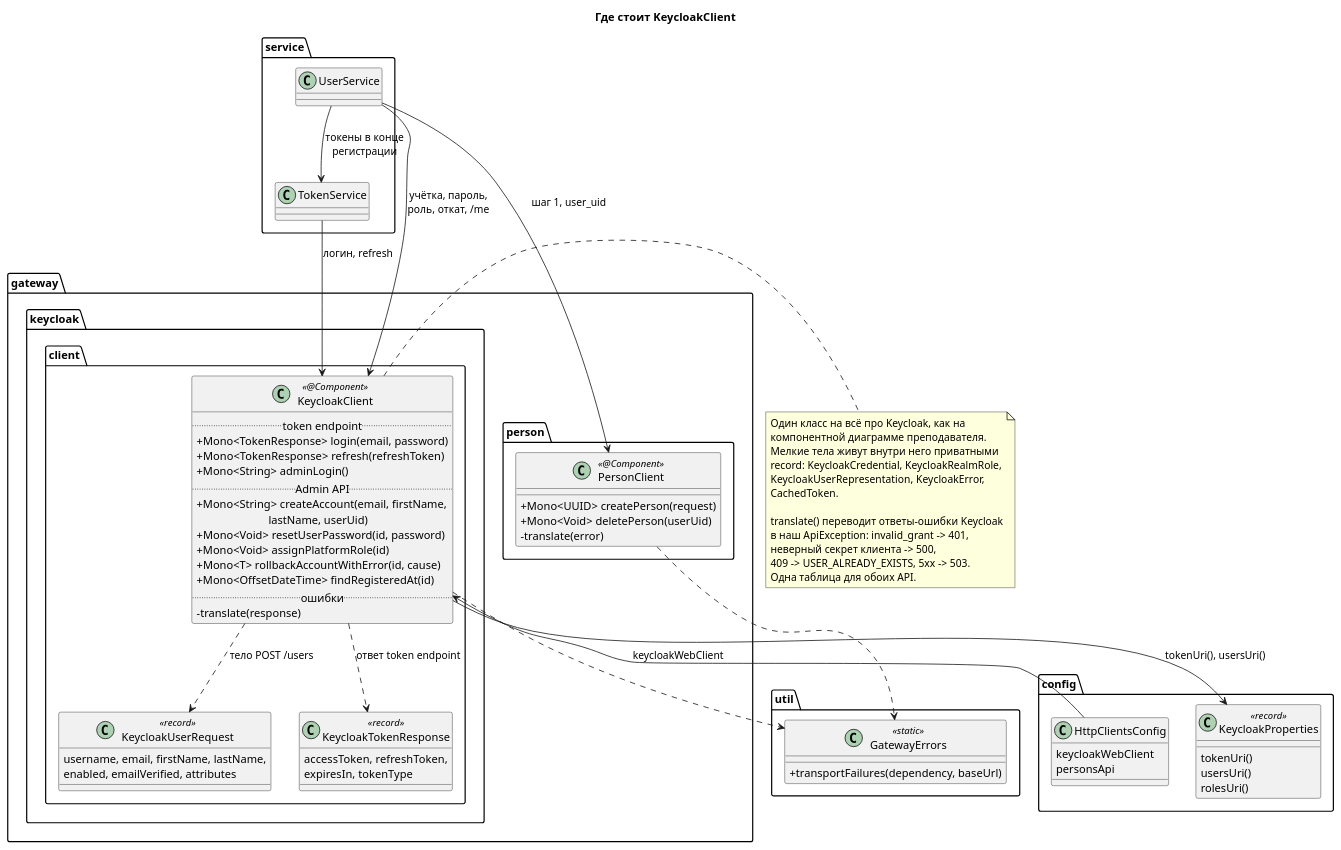
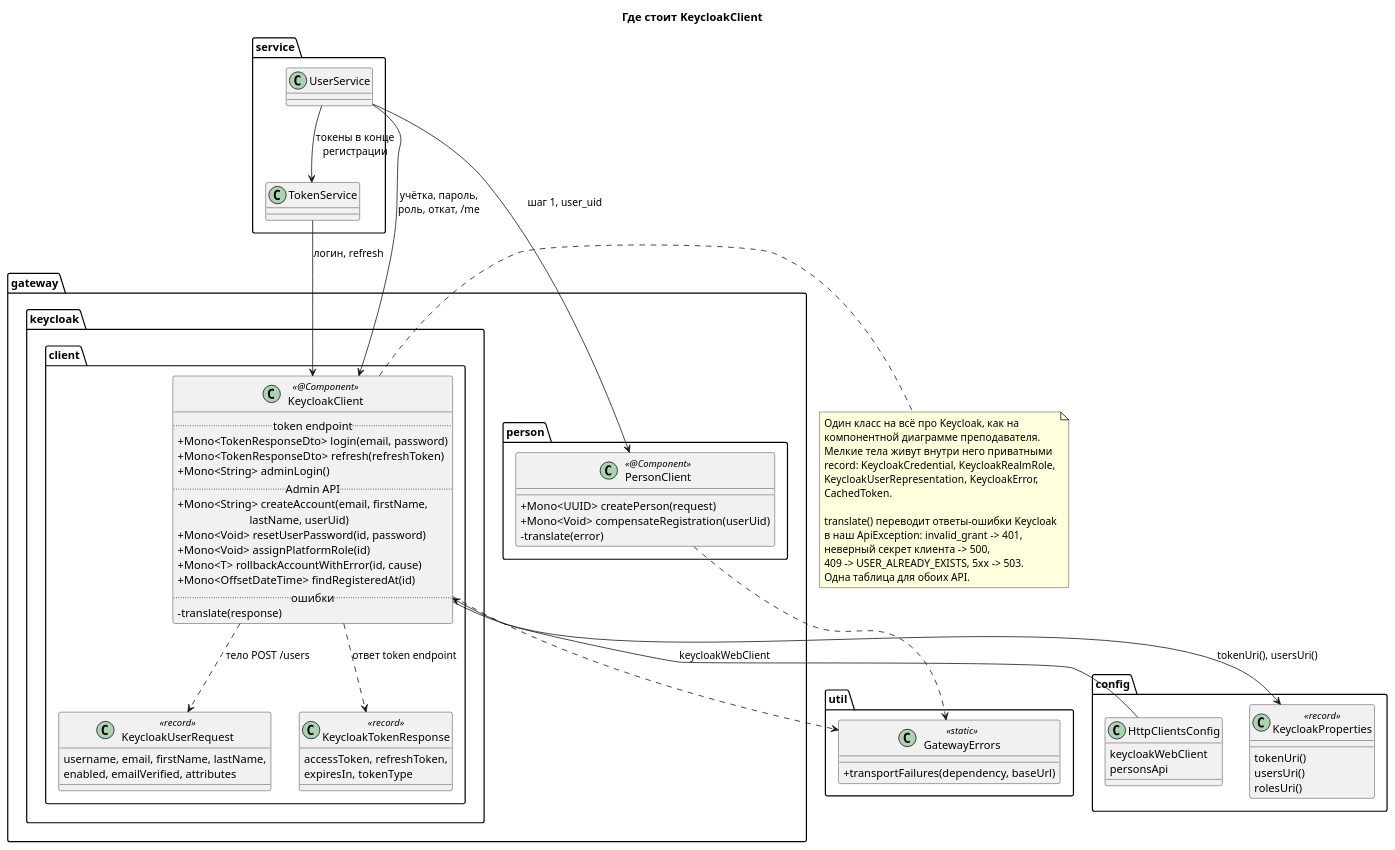
Before and after one commit to dezxxx/payment-platform: the fourth of 4 diagrams in docs/puml-ru/keycloak-client.puml, drawn with PlantUML. The commit also changed other lines of this file and 20 other files, not shown here.

```diff
--- a/docs/puml-ru/keycloak-client.puml
+++ b/docs/puml-ru/keycloak-client.puml
@@ -220,90 +221,90 @@
 @startuml keycloak-classes
 title Где стоит KeycloakClient
 
 skinparam shadowing false
 skinparam classAttributeIconSize 0
 
 package service {
   class UserService
   class TokenService
 }
 
 package "gateway.person" {
   class PersonClient <<@Component>> {
     + Mono<UUID> createPerson(request)
-    + Mono<Void> deletePerson(userUid)
+    + Mono<Void> compensateRegistration(userUid)
     - translate(error)
   }
 }
 
 package "gateway.keycloak.client" {
   class KeycloakClient <<@Component>> {
     .. token endpoint ..
-    + Mono<TokenResponse> login(email, password)
-    + Mono<TokenResponse> refresh(refreshToken)
+    + Mono<TokenResponseDto> login(email, password)
+    + Mono<TokenResponseDto> refresh(refreshToken)
     + Mono<String> adminLogin()
     .. Admin API ..
     + Mono<String> createAccount(email, firstName,\n                         lastName, userUid)
     + Mono<Void> resetUserPassword(id, password)
     + Mono<Void> assignPlatformRole(id)
     + Mono<T> rollbackAccountWithError(id, cause)
     + Mono<OffsetDateTime> findRegisteredAt(id)
     .. ошибки ..
     - translate(response)
   }
   class KeycloakUserRequest <<record>> {
     username, email, firstName, lastName,
     enabled, emailVerified, attributes
   }
   class KeycloakTokenResponse <<record>> {
     accessToken, refreshToken,
     expiresIn, tokenType
   }
 }
 
 package util {
   class GatewayErrors <<static>> {
     + transportFailures(dependency, baseUrl)
   }
 }
 
 package config {
   class KeycloakProperties <<record>> {
     tokenUri()
     usersUri()
     rolesUri()
   }
   class HttpClientsConfig {
     keycloakWebClient
     personsApi
   }
 }
 
 UserService --> PersonClient : шаг 1, user_uid
 UserService --> KeycloakClient : учётка, пароль,\nроль, откат, /me
 UserService --> TokenService : токены в конце\nрегистрации
 TokenService --> KeycloakClient : логин, refresh
 
 KeycloakClient ..> KeycloakUserRequest : тело POST /users
 KeycloakClient ..> KeycloakTokenResponse : ответ token endpoint
 KeycloakClient ..> GatewayErrors
 PersonClient ..> GatewayErrors
 KeycloakClient --> KeycloakProperties : tokenUri(), usersUri()
 HttpClientsConfig --> KeycloakClient : keycloakWebClient
 
 note right of KeycloakClient
   Один класс на всё про Keycloak, как на
   компонентной диаграмме преподавателя.
   Мелкие тела живут внутри него приватными
   record: KeycloakCredential, KeycloakRealmRole,
   KeycloakUserRepresentation, KeycloakError,
   CachedToken.
 
   translate() переводит ответы-ошибки Keycloak
   в наш ApiException: invalid_grant -> 401,
   неверный секрет клиента -> 500,
   409 -> USER_ALREADY_EXISTS, 5xx -> 503.
   Одна таблица для обоих API.
 end note
 
 @enduml
```
